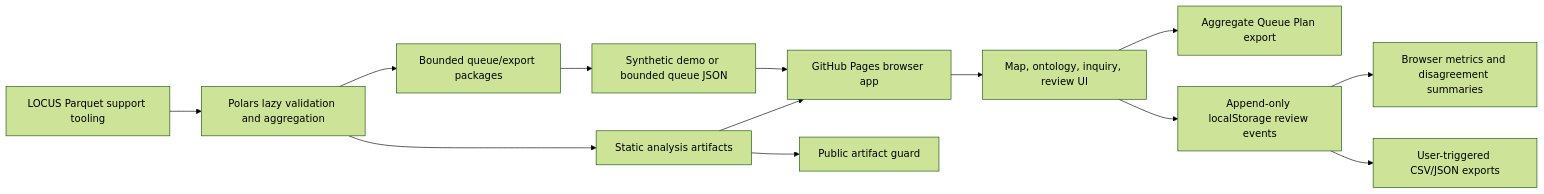
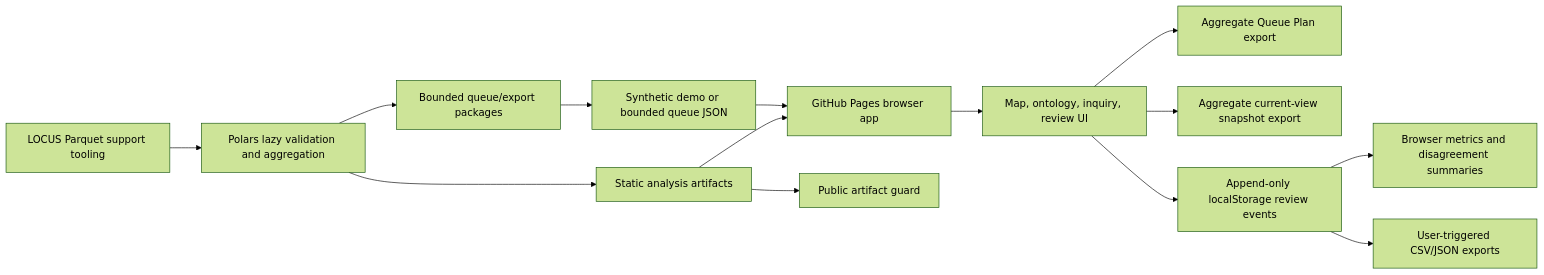
One commit to evcatalyst/evolocus changed the diagram in docs/architecture.md. Above: the diagram before and after it, drawn with Mermaid (forest theme). The commit also changed other lines of this file and 12 other files, not shown here.

Commit message:
feat: add aggregate view snapshot export

````diff
--- a/docs/architecture.md
+++ b/docs/architecture.md
@@ -7,15 +7,16 @@
 ```mermaid
 flowchart LR
   A["Synthetic demo or bounded queue JSON"] --> B["GitHub Pages browser app"]
   C["Static analysis artifacts"] --> B
   B --> D["Map, ontology, inquiry, review UI"]
   D --> Q["Aggregate Queue Plan export"]
+  D --> X["Aggregate current-view snapshot export"]
   D --> E["Append-only localStorage review events"]
   E --> F["Browser metrics and disagreement summaries"]
   E --> G["User-triggered CSV/JSON exports"]
   H["LOCUS Parquet support tooling"] --> I["Polars lazy validation and aggregation"]
   I --> J["Bounded queue/export packages"]
   I --> C
   C --> V["Public artifact guard"]
   J --> A
 ```
````
